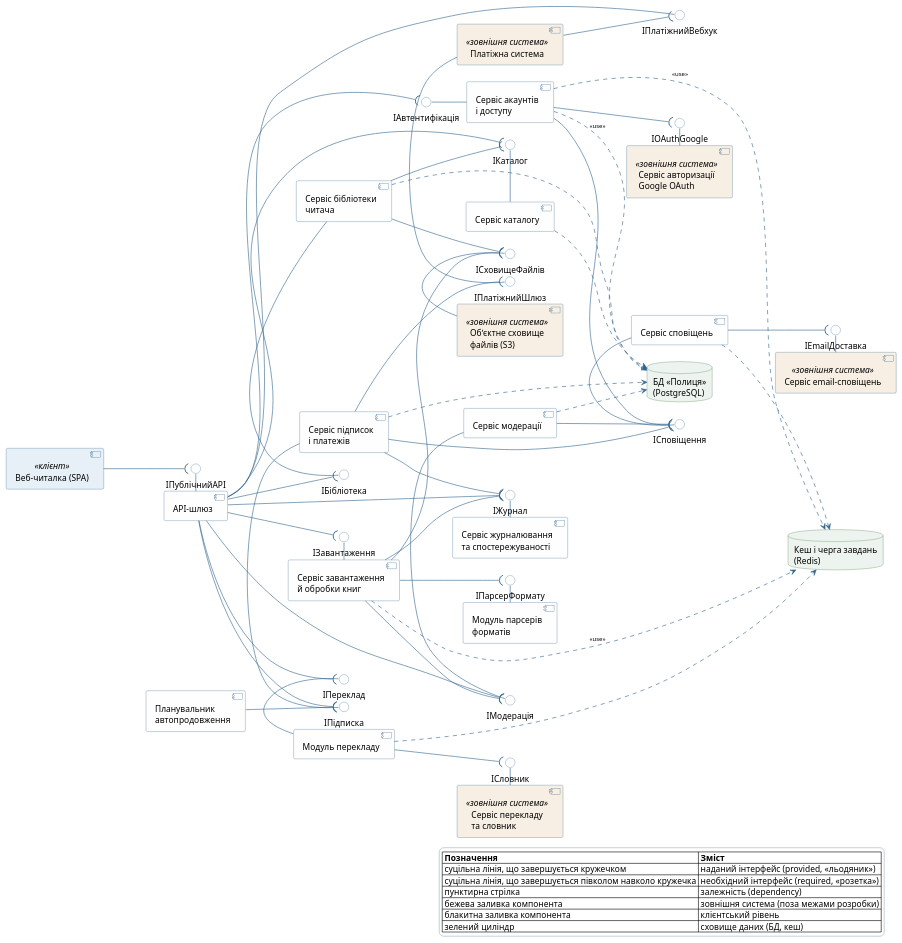
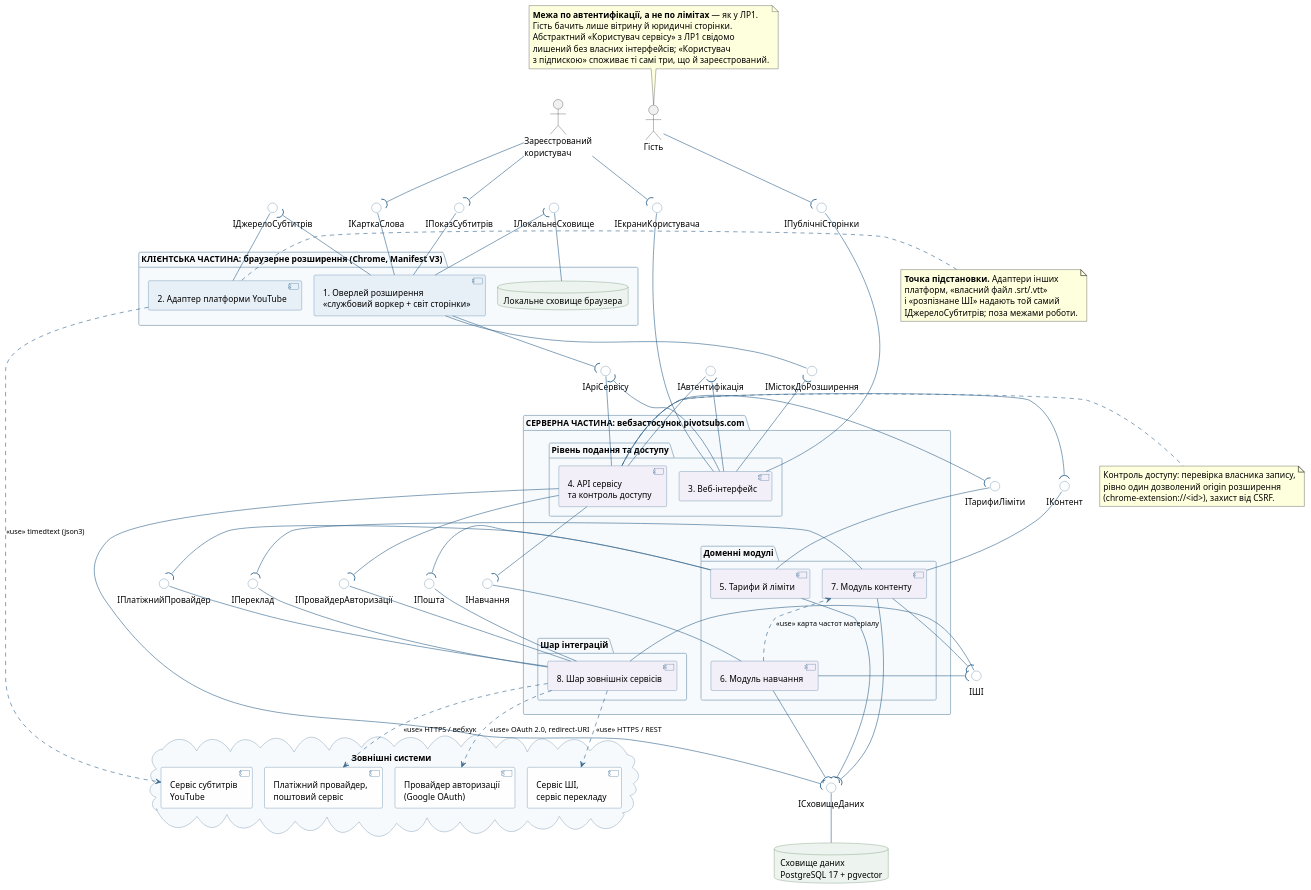
One commit to vt232kod-debug/software-modeling changed the diagram in lab03_components/components.puml. Above: the diagram before and after it, drawn with PlantUML. The commit also changed 77 other files, not shown here.

First line of the commit message:
ЛР1-ЛР4: перебудовано на тему дипломної роботи «Півот»

```diff
--- a/lab03_components/components.puml
+++ b/lab03_components/components.puml
@@ -1,169 +1,192 @@
 @startuml
 ' Лабораторна робота №3. Частина 2. Діаграма компонентів
-' Предметна область: веб-сервіс завантаження та читання книг «Полиця»
+' Предметна область: «Півот» — вебсервіс і браузерне розширення
+' для вивчення іноземної мови на основі власного контенту користувача
 ' Камінський Олексій Дмитрович, група ВТ-23-2
-' Принцип декомпозиції: один компонент — одна бізнес-можливість
-
-left to right direction
+' Принцип декомпозиції: один компонент — одна бізнес-можливість.
+' Угода про напрямок: провайдер завжди знизу («-up-» до кружечка),
+' споживач завжди зверху («-down-(» до того самого кружечка).
+' Єдиний виняток — IМістокДоРозширення: там провайдер (розширення) за
+' змістом стоїть ВИЩЕ споживача (вебсторінка), бо потік «людина → клієнт →
+' сервер» на діаграмі йде вниз. Семантика від цього не змінюється: плоска
+' лінія «--» завжди у провайдера, півколо «-(» завжди у споживача.
 
 skinparam defaultFontName "Helvetica"
+skinparam defaultFontSize 14
 skinparam shadowing false
-skinparam legendBackgroundColor #FFFFFF
-skinparam legendBorderColor #9AB3C6
-skinparam ArrowFontSize 10
 skinparam componentStyle uml2
-skinparam nodesep 28
-skinparam ranksep 70
+skinparam nodesep 20
+skinparam ranksep 50
+skinparam ArrowFontSize 12
 skinparam component {
   BackgroundColor #FEFEFE
   BorderColor #33668E
   ArrowColor #33668E
-  FontColor #000000
 }
 skinparam interface {
   BackgroundColor #FFFFFF
   BorderColor #33668E
 }
 skinparam database {
   BackgroundColor #EDF3EE
   BorderColor #4C7A54
 }
+skinparam cloud {
+  BackgroundColor #FBF4E8
+  BorderColor #B07A28
+}
+skinparam package {
+  BackgroundColor #F7FAFC
+  BorderColor #9AB3C6
+  FontStyle bold
+}
 
-' ======== КЛІЄНТСЬКИЙ РІВЕНЬ ========
-component "Веб-читалка (SPA)" <<клієнт>> as WebApp #E8F0F7
+actor "Зареєстрований\nкористувач" as Reg
+actor "Гість" as Guest
 
-' ======== СЕРВЕРНИЙ РІВЕНЬ ЗАСТОСУНКУ «ПОЛИЦЯ» ========
-interface "IПублічнийAPI" as IPublicAPI
-component "API-шлюз" as Gateway
+' =====================================================================
+' КЛІЄНТСЬКА ЧАСТИНА — браузерне розширення
+' =====================================================================
+package "КЛІЄНТСЬКА ЧАСТИНА: браузерне розширення (Chrome, Manifest V3)" as CLIENT {
+  component "1. Оверлей розширення\n<<службовий воркер + світ сторінки>>" as Overlay #E8F0F7
+  component "2. Адаптер платформи YouTube" as YT #E8F0F7
+  database "Локальне сховище браузера" as Local
+}
 
+' =====================================================================
+' СЕРВЕРНА ЧАСТИНА — вебзастосунок pivotsubs.com
+' =====================================================================
+package "СЕРВЕРНА ЧАСТИНА: вебзастосунок pivotsubs.com" as SERVER {
+  package "Рівень подання та доступу" as L1 {
+    component "3. Веб-інтерфейс" as Web #F3EFF8
+    component "4. API сервісу\nта контроль доступу" as API #F3EFF8
+  }
+  package "Доменні модулі" as L2 {
+    component "5. Тарифи й ліміти" as Plans #F3EFF8
+    component "6. Модуль навчання" as Learn #F3EFF8
+    component "7. Модуль контенту" as Content #F3EFF8
+  }
+  package "Шар інтеграцій" as L3 {
+    component "8. Шар зовнішніх сервісів" as ExtLayer #F3EFF8
+  }
+}
+
+database "Сховище даних\nPostgreSQL 17 + pgvector" as DB
+
+cloud "Зовнішні системи" as Cloud {
+  component "Сервіс субтитрів\nYouTube" as CloudYT
+  component "Сервіс ШІ,\nсервіс перекладу" as CloudAI
+  component "Платіжний провайдер,\nпоштовий сервіс" as CloudPay
+  component "Провайдер авторизації\n(Google OAuth)" as CloudOAuth
+}
+
+' ===================== ІНТЕРФЕЙСИ =====================
+interface "IПоказСубтитрів" as IShow
+interface "IКарткаСлова" as ICard
+interface "IЕкраниКористувача" as IScreens
+interface "IДжерелоСубтитрів" as ISub
+interface "IЛокальнеСховище" as ILocal
+interface "IМістокДоРозширення" as IBridge
+interface "IApiСервісу" as IApi
 interface "IАвтентифікація" as IAuth
-interface "IКаталог" as ICatalog
-interface "IБібліотека" as ILibrary
-interface "IЗавантаження" as IIngest
-interface "IПідписка" as ISubscription
-interface "IМодерація" as IModeration
+interface "IТарифиЛіміти" as ILimits
+interface "IНавчання" as ILearn
+interface "IКонтент" as IContent
+interface "IШІ" as IAI
 interface "IПереклад" as ITranslate
-interface "IПлатіжнийВебхук" as IPayHook
+interface "IПошта" as IMail
+interface "IПлатіжнийПровайдер" as IPay
+interface "IСховищеДаних" as IStore
+interface "IПровайдерАвторизації" as IOAuth
+interface "IПублічніСторінки" as IPublic
 
-component "Сервіс акаунтів\nі доступу" as Accounts
-component "Сервіс каталогу" as Catalog
-component "Сервіс бібліотеки\nчитача" as Library
-component "Сервіс завантаження\nй обробки книг" as Ingest
-component "Сервіс підписок\nі платежів" as Billing
-component "Сервіс модерації" as Moderation
-component "Модуль перекладу" as Translate
-component "Планувальник\nавтопродовження" as Scheduler
-component "Сервіс журналювання\nта спостережуваності" as Logging
+' ---- надані інтерфейси «назовні», до людини ----
+Overlay -up- IShow
+Overlay -up- ICard
+Web -up- IScreens
+Web -up- IPublic
+Reg -down-( IShow
+Reg -down-( ICard
+Reg -down-( IScreens
+Guest -down-( IPublic
 
-interface "IЖурнал" as ILog
-interface "IПарсерФормату" as IParser
-interface "IСповіщення" as INotify
-component "Модуль парсерів\nформатів" as Parsers
-component "Сервіс сповіщень" as Notify
+' ---- клієнтська частина ----
+YT -up- ISub
+Overlay -down-( ISub
+Local -up- ILocal
+Overlay -down-( ILocal
 
-' ======== ЗОВНІШНІ СИСТЕМИ ========
-interface "IOAuthGoogle" as IOAuth
-interface "IСховищеФайлів" as IFileStore
-interface "IПлатіжнийШлюз" as IPayGw
-interface "IСловник" as IDict
-interface "IEmailДоставка" as IMail
+' ---- місток «вебсторінка — розширення» ----
+' Приймач повідомлень оголошує саме розширення
+' (browser.runtime.onMessageExternal + externally_connectable),
+' а викликає його сторінка вебзастосунку — отже провайдер тут розширення.
+Overlay -down- IBridge
+Web -up-( IBridge
 
-component "Сервіс авторизації\nGoogle OAuth" <<зовнішня система>> as GoogleOAuth #F7EFE4
-component "Обʼєктне сховище\nфайлів (S3)" <<зовнішня система>> as S3 #F7EFE4
-component "Платіжна система" <<зовнішня система>> as PaySystem #F7EFE4
-component "Сервіс перекладу\nта словник" <<зовнішня система>> as DictAPI #F7EFE4
-component "Сервіс email-сповіщень" <<зовнішня система>> as MailGw #F7EFE4
+' ---- межа «клієнт — сервер» ----
+API -up- IApi
+Overlay -down-( IApi
+Web -down-( IApi
+API -up- IAuth
+Web -down-( IAuth
 
-' ======== СХОВИЩА ДАНИХ ========
-database "БД «Полиця»\n(PostgreSQL)" as DB
-database "Кеш і черга завдань\n(Redis)" as Cache
+' ---- усередині серверної частини ----
+Plans -up- ILimits
+API -down-( ILimits
+Learn -up- ILearn
+API -down-( ILearn
+Content -up- IContent
+API -down-( IContent
 
-' ====================================================================
-'  ЗʼЄДНАННЯ «ЛЬОДЯНИК-РОЗЕТКА» (ball-and-socket)
-'  Споживач --( Інтерфейс   — необхідний інтерфейс (розетка, півколо)
-'  Інтерфейс - Постачальник — наданий інтерфейс (льодяник, кружечок)
-' ====================================================================
+ExtLayer -up- IAI
+Learn -down-( IAI
+Content -down-( IAI
+ExtLayer -up- ITranslate
+Content -down-( ITranslate
+ExtLayer -up- IPay
+Plans -down-( IPay
+ExtLayer -up- IMail
+Plans -down-( IMail
+ExtLayer -up- IOAuth
+API -down-( IOAuth
 
-WebApp --( IPublicAPI
-IPublicAPI - Gateway
+DB -up- IStore
+API -down-( IStore
+Plans -down-( IStore
+Learn -down-( IStore
+Content -down-( IStore
 
-Gateway --( IAuth
-IAuth - Accounts
+'  ---- підказки компонувальнику (не елементи моделі) ----
+Reg -[hidden]right- Guest
+API -[hidden]down- Plans
+Plans -[hidden]down- ExtLayer
+Content -[hidden]right- Learn
 
-Gateway --( ICatalog
-ICatalog - Catalog
+' ===================== ЗАЛЕЖНОСТІ =====================
+YT ..> CloudYT : <<use>> timedtext (json3)
+ExtLayer ..> CloudAI : <<use>> HTTPS / REST
+ExtLayer ..> CloudPay : <<use>> HTTPS / вебхук
+ExtLayer ..> CloudOAuth : <<use>> OAuth 2.0, redirect-URI
+Learn ..> Content : <<use>> карта частот матеріалу
 
-Gateway --( ILibrary
-ILibrary - Library
+note left of YT
+  **Точка підстановки.** Адаптери інших
+  платформ, «власний файл .srt/.vtt»
+  і «розпізнане ШІ» надають той самий
+  IДжерелоСубтитрів; поза межами роботи.
+end note
 
-Gateway --( IIngest
-IIngest - Ingest
+note top of Guest
+  **Межа по автентифікації, а не по лімітах** — як у ЛР1.
+  Гість бачить лише вітрину й юридичні сторінки.
+  Абстрактний «Користувач сервісу» з ЛР1 свідомо
+  лишений без власних інтерфейсів; «Користувач
+  з підпискою» споживає ті самі три, що й зареєстрований.
+end note
 
-Gateway --( ISubscription
-ISubscription - Billing
-
-Gateway --( IModeration
-IModeration - Moderation
-
-Gateway --( ITranslate
-ITranslate - Translate
-
-Ingest --( IParser
-IParser - Parsers
-
-Accounts --( INotify
-Billing --( INotify
-Moderation --( INotify
-INotify - Notify
-
-Gateway --( ILog
-Ingest --( ILog
-Billing --( ILog
-ILog - Logging
-
-Library --( ICatalog
-Library --( IFileStore
-Ingest --( IModeration
-Ingest --( IFileStore
-Scheduler --( ISubscription
-
-Accounts --( IOAuth
-IOAuth - GoogleOAuth
-
-IFileStore - S3
-
-Billing --( IPayGw
-IPayGw - PaySystem
-
-' Єдиний інтерфейс, який надає НАША сторона, а потребує ЗОВНІШНЯ система:
-' асинхронне підтвердження списання (вебхук POST /api/payments/callback).
-IPayHook - Gateway
-PaySystem --( IPayHook
-
-Translate --( IDict
-IDict - DictAPI
-
-Notify --( IMail
-IMail - MailGw
-
-' ======== ЗАЛЕЖНОСТІ ВІД СХОВИЩ ДАНИХ (dependency) ========
-Accounts ..> DB : <<use>>
-Catalog ..> DB
-Library ..> DB
-Billing ..> DB
-Moderation ..> DB
-Accounts ..> Cache : <<use>>
-Ingest ..> Cache : <<use>>
-Notify ..> Cache
-Translate ..> Cache
-
-legend right
-  |= Позначення |= Зміст |
-  | суцільна лінія, що завершується кружечком | наданий інтерфейс (provided, «льодяник») |
-  | суцільна лінія, що завершується півколом навколо кружечка | необхідний інтерфейс (required, «розетка») |
-  | пунктирна стрілка | залежність (dependency) |
-  | бежева заливка компонента | зовнішня система (поза межами розробки) |
-  | блакитна заливка компонента | клієнтський рівень |
-  | зелений циліндр | сховище даних (БД, кеш) |
-endlegend
+note right of API
+  Контроль доступу: перевірка власника запису,
+  рівно один дозволений origin розширення
+  (chrome-extension://<id>), захист від CSRF.
+end note
 @enduml
```
